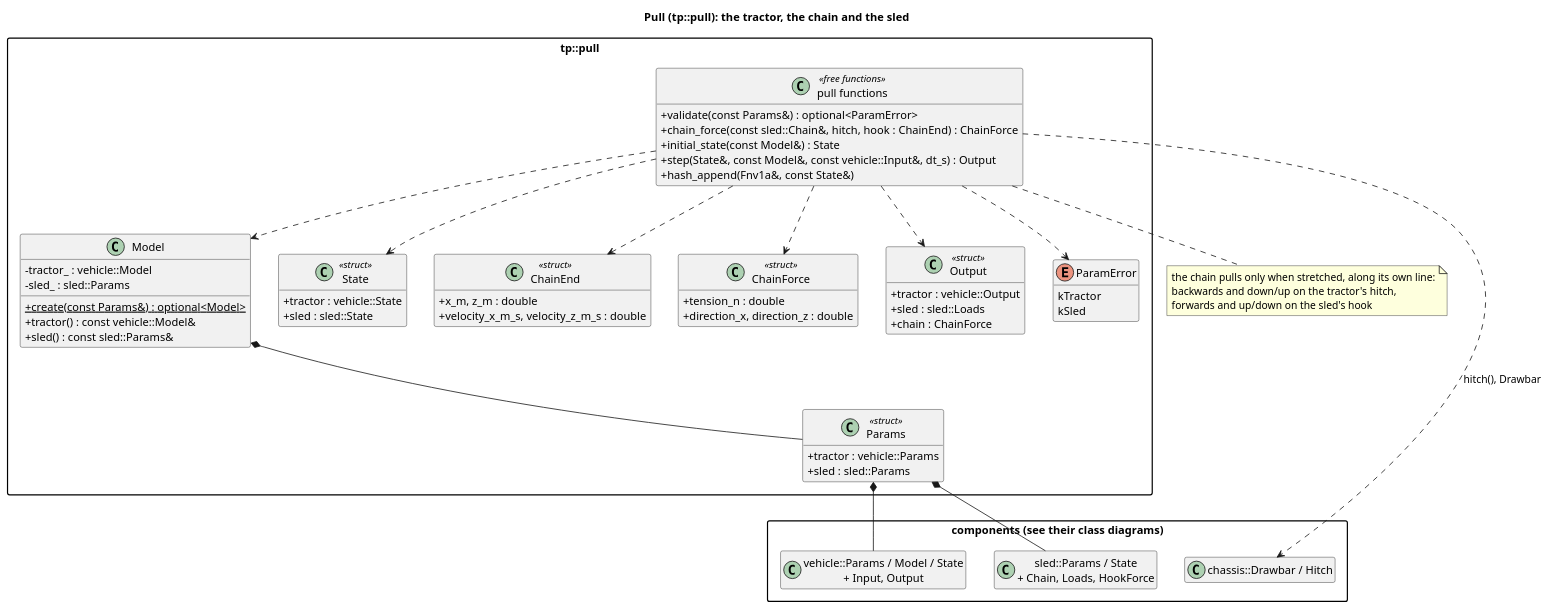
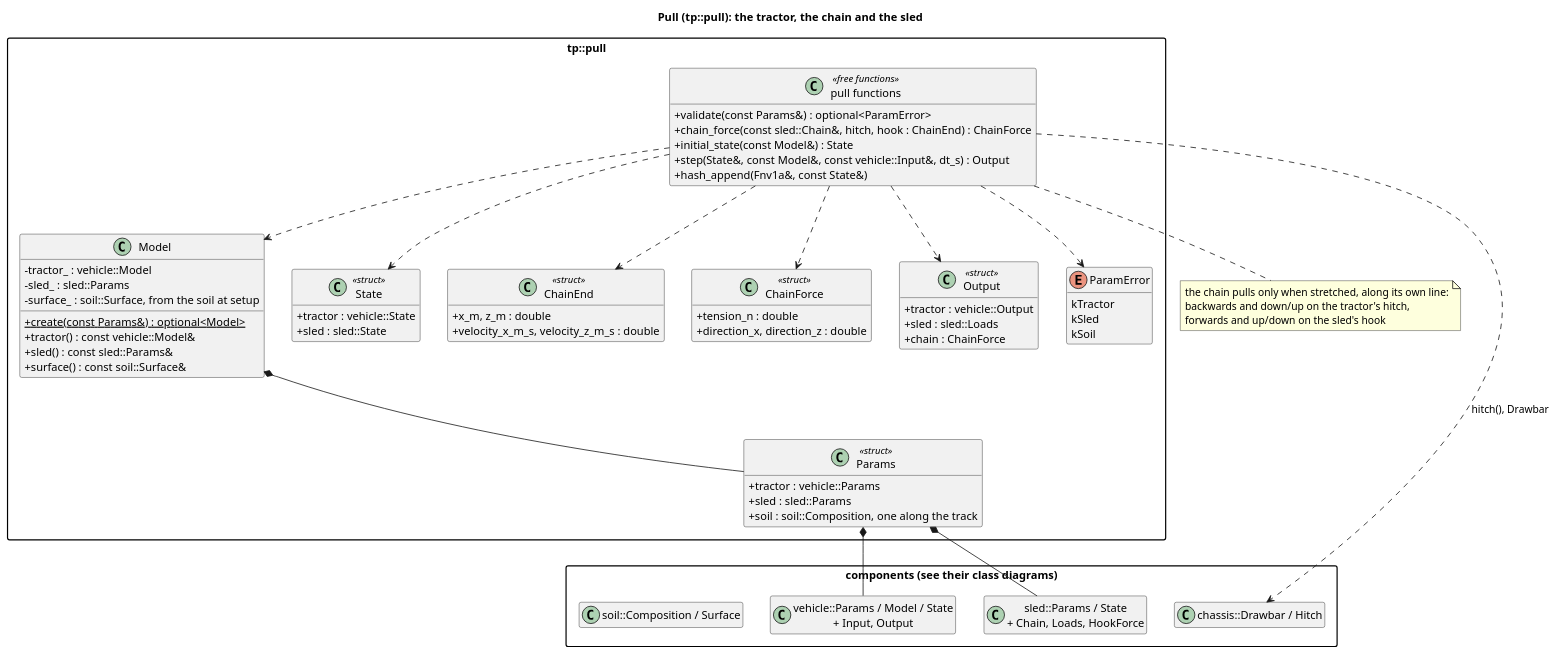
One commit to wversteeg/TractorPulling changed the diagram in docs/diagrams/pull_classes.puml. Above: the diagram before and after it, drawn with PlantUML. The commit also changed 52 other files, not shown here.

```diff
--- a/docs/diagrams/pull_classes.puml
+++ b/docs/diagrams/pull_classes.puml
@@ -1,69 +1,74 @@
 @startuml pull_classes
 title Pull (tp::pull): the tractor, the chain and the sled
 hide empty members
 skinparam packageStyle rectangle
 skinparam classAttributeIconSize 0
 
 package "components (see their class diagrams)" {
   class "vehicle::Params / Model / State\n+ Input, Output" as Vehicle
   class "sled::Params / State\n+ Chain, Loads, HookForce" as Sled
   class "chassis::Drawbar / Hitch" as Chassis
+  class "soil::Composition / Surface" as Soil
 }
 
 package "tp::pull" {
   class Params <<struct>> {
     +tractor : vehicle::Params
     +sled : sled::Params
+    +soil : soil::Composition, one along the track
   }
   class Model {
     -tractor_ : vehicle::Model
     -sled_ : sled::Params
+    -surface_ : soil::Surface, from the soil at setup
     +{static} create(const Params&) : optional<Model>
     +tractor() : const vehicle::Model&
     +sled() : const sled::Params&
+    +surface() : const soil::Surface&
   }
   class State <<struct>> {
     +tractor : vehicle::State
     +sled : sled::State
   }
   class ChainEnd <<struct>> {
     +x_m, z_m : double
     +velocity_x_m_s, velocity_z_m_s : double
   }
   class ChainForce <<struct>> {
     +tension_n : double
     +direction_x, direction_z : double
   }
   class Output <<struct>> {
     +tractor : vehicle::Output
     +sled : sled::Loads
     +chain : ChainForce
   }
   enum ParamError {
     kTractor
     kSled
+    kSoil
   }
   class "pull functions" as PullFns <<free functions>> {
     +validate(const Params&) : optional<ParamError>
     +chain_force(const sled::Chain&, hitch, hook : ChainEnd) : ChainForce
     +initial_state(const Model&) : State
     +step(State&, const Model&, const vehicle::Input&, dt_s) : Output
     +hash_append(Fnv1a&, const State&)
   }
   Model *-- Params
   PullFns ..> Model
   PullFns ..> State
   PullFns ..> ChainEnd
   PullFns ..> ChainForce
   PullFns ..> Output
   PullFns ..> ParamError
 }
 Params *-- Vehicle
 Params *-- Sled
 PullFns ..> Chassis : hitch(), Drawbar
 note bottom of PullFns
   the chain pulls only when stretched, along its own line:
   backwards and down/up on the tractor's hitch,
   forwards and up/down on the sled's hook
 end note
 @enduml
```
